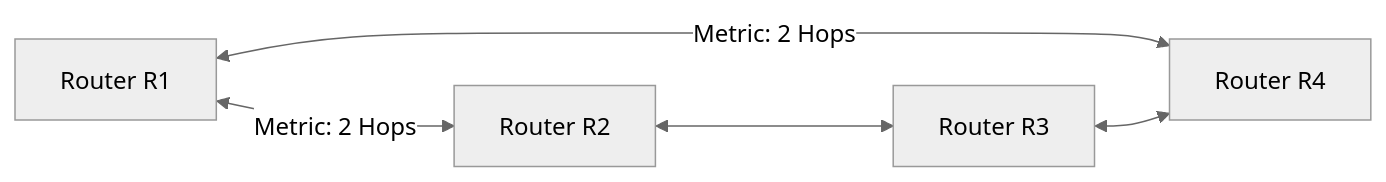
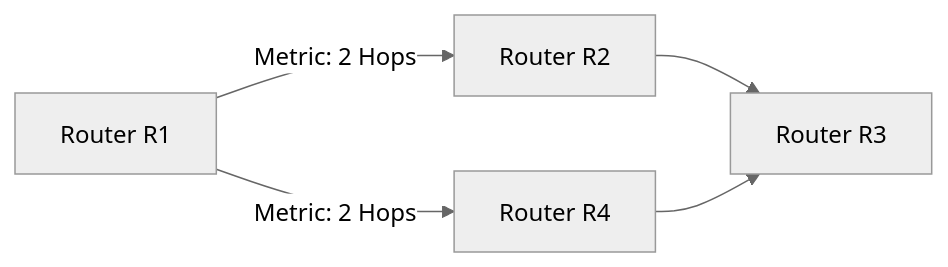
The diagram in Master 1/S1/Resaux/05 IP Routing Architectures/05.03 Distance-Vector Routing (RIPv2).md (Vtheonly/Obsidian_Notes), drawn with Mermaid (neutral theme) before and after one commit. The commit also changed 147 other files, not shown here.

````diff
--- a/Master 1/S1/Resaux/05 IP Routing Architectures/05.03 Distance-Vector Routing (RIPv2).md
+++ b/Master 1/S1/Resaux/05 IP Routing Architectures/05.03 Distance-Vector Routing (RIPv2).md
@@ -5,7 +5,7 @@
 ```mermaid
 graph LR
-    R1["Router R1"] <-->|Metric: 2 Hops| R2["Router R2"]
-    R1 <-->|Metric: 2 Hops| R4["Router R4"]
-    R2 <--> R3["Router R3"]
-    R3 <--> R4
+    R1["Router R1"] -->|"Metric: 2 Hops"| R2["Router R2"]
+    R1 -->|"Metric: 2 Hops"| R4["Router R4"]
+    R2 --> R3["Router R3"]
+    R4 --> R3
 ```
````
